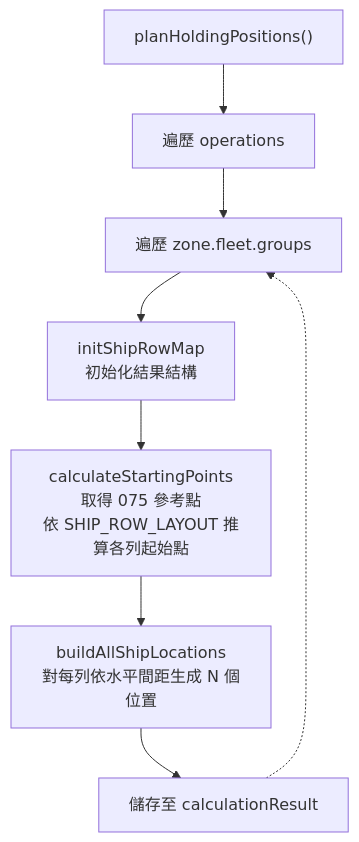
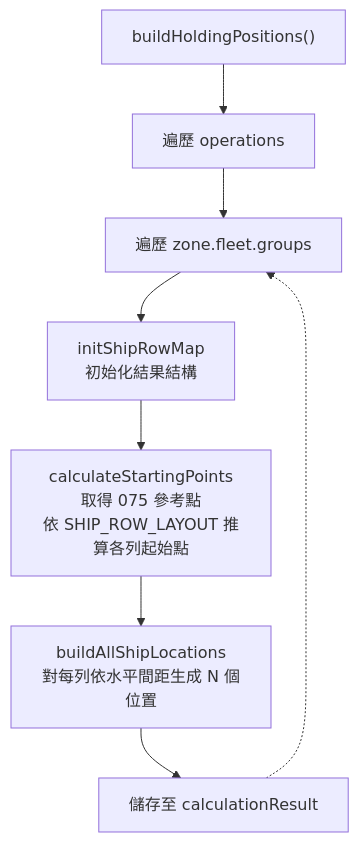
The first of 2 diagrams in docs/landingOps/shipMovement.md (pullupjumper/formosa-in-flames), drawn with Mermaid before and after one commit. The commit also changed other lines of this file and 46 other files, not shown here.

````diff
--- a/docs/landingOps/shipMovement.md
+++ b/docs/landingOps/shipMovement.md
@@ -60,13 +60,13 @@
 ```mermaid
 flowchart TD
-    START["planHoldingPositions()"]
+    START["buildHoldingPositions()"]
     ITER_OP["遍歷 operations"]
     ITER_AREA["遍歷 zone.fleet.groups"]
     INIT["initShipRowMap<br>初始化結果結構"]
     CALC_SP["calculateStartingPoints<br>取得 075 參考點<br>依 SHIP_ROW_LAYOUT 推算各列起始點"]
     GEN_LOC["buildAllShipLocations<br>對每列依水平間距生成 N 個位置"]
     STORE["儲存至 calculationResult"]
 
     START --> ITER_OP --> ITER_AREA --> INIT --> CALC_SP --> GEN_LOC --> STORE
     STORE -.-> ITER_AREA
 ```
````
